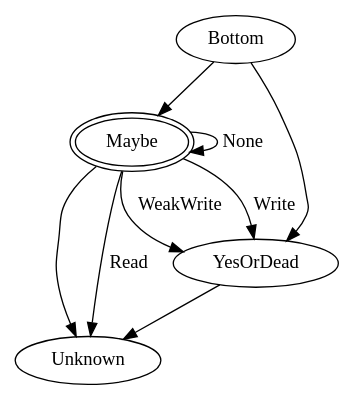
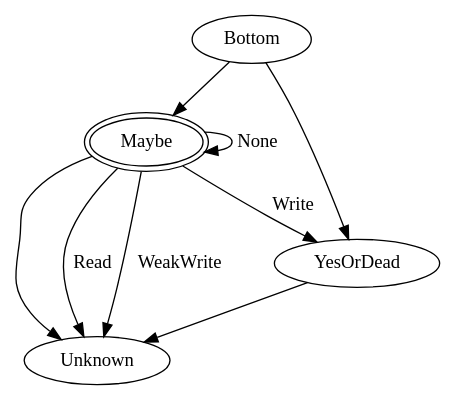
One commit to revng/revamb changed the diagram in lib/ABIAnalyses/Generated/UsedReturnValuesOfFunction.dot. Above: the diagram before and after it, drawn with Graphviz. The commit also changed 3 other files, not shown here.

```diff
--- a/lib/ABIAnalyses/Generated/UsedReturnValuesOfFunction.dot
+++ b/lib/ABIAnalyses/Generated/UsedReturnValuesOfFunction.dot
@@ -1,24 +1,23 @@
 #
 # This file is distributed under the MIT License. See LICENSE.md for details.
 #
 
 digraph UsedReturnValuesOfFunction {
   Bottom;
   Maybe [peripheries=2];
   YesOrDead;
   Unknown;
 
   # Lattice
   Bottom->YesOrDead;
   Bottom->Maybe;
   YesOrDead->Unknown;
   Maybe->Unknown;
 
   # Transfer functions
   Maybe->YesOrDead [label="Write"];
-  Maybe->YesOrDead [label="WeakWrite"];
   Maybe->Unknown [label="Read"];
-
+  Maybe->Unknown [label="WeakWrite"];
   Maybe->Maybe [label="None"];
 
 }
```
